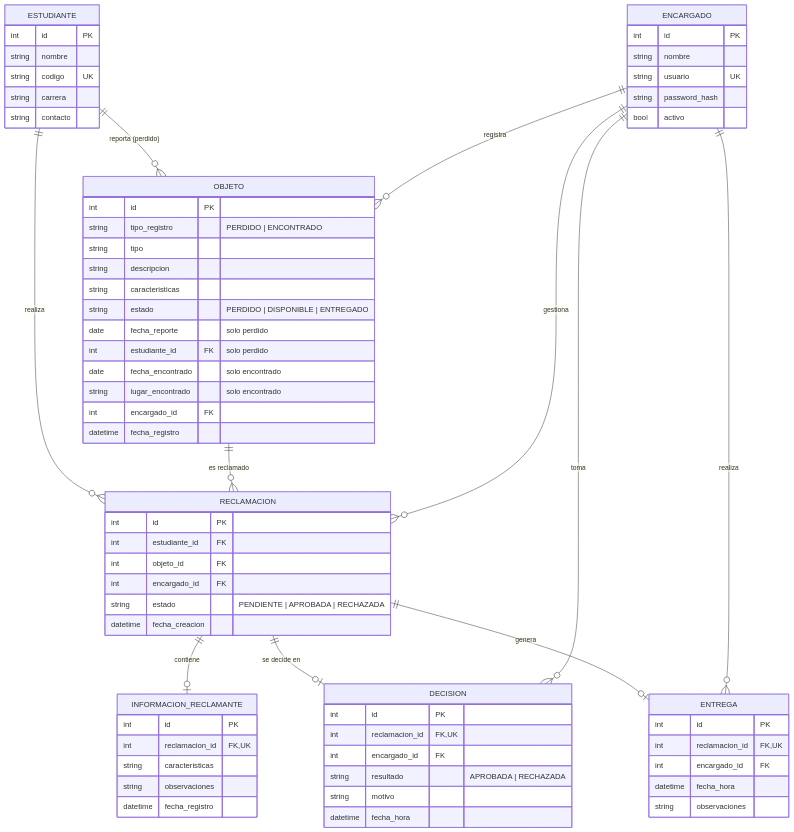
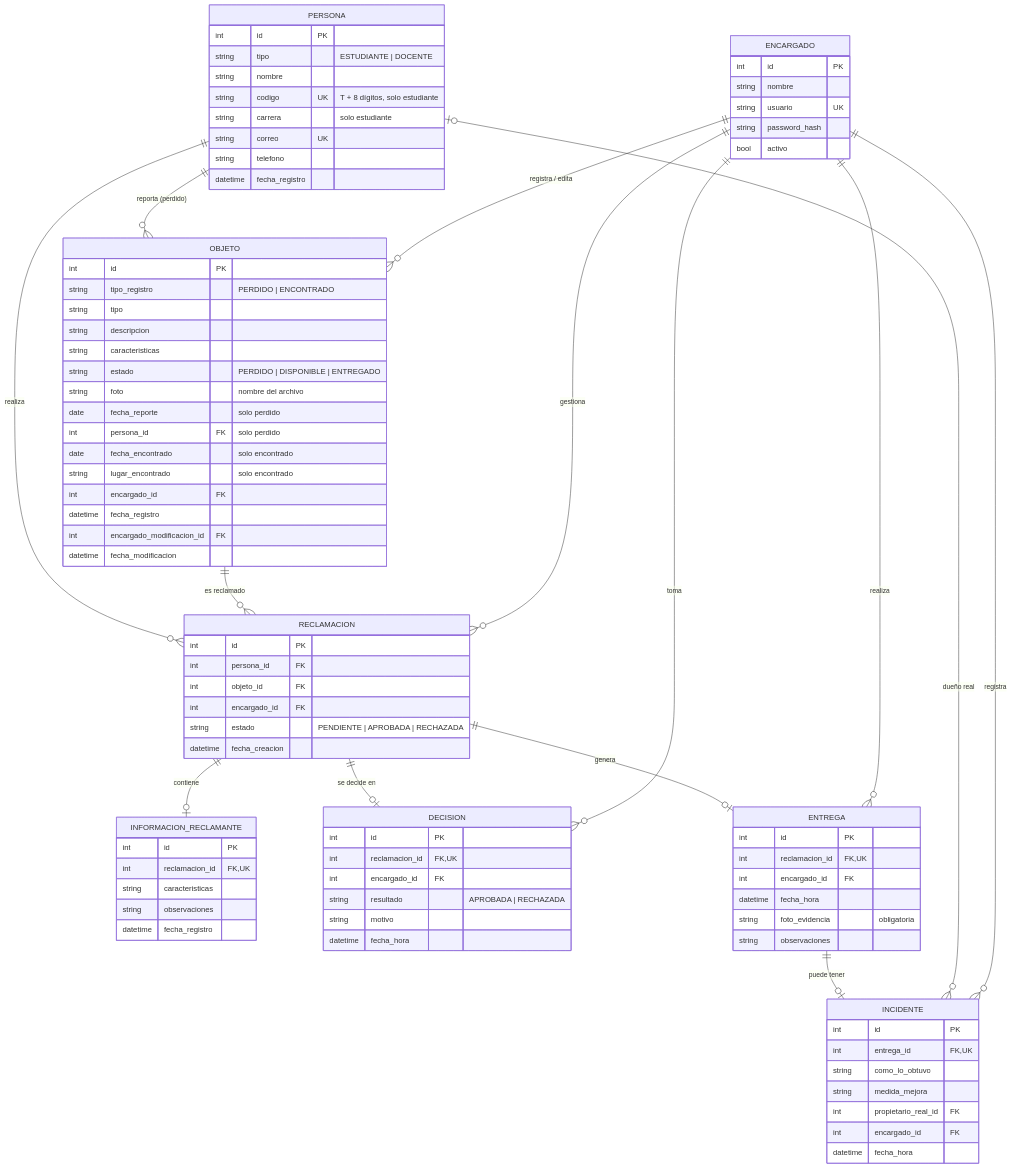
Before and after one commit to sebastian-caicedo/L-F-LostAndFound: the diagram in docs/modelo-datos.md, drawn with Mermaid. The commit also changed other lines of this file and 23 other files, not shown here.

Commit message:
Fase 3: personas, objetos con fotos, ajuste de alcance RF19-RF25 y diagrama de clases

````diff
--- a/docs/modelo-datos.md
+++ b/docs/modelo-datos.md
@@ -7,15 +7,18 @@
 ```mermaid
 erDiagram
-  ESTUDIANTE ||--o{ OBJETO : "reporta (perdido)"
-  ESTUDIANTE ||--o{ RECLAMACION : realiza
+  PERSONA ||--o{ OBJETO : "reporta (perdido)"
+  PERSONA ||--o{ RECLAMACION : realiza
   OBJETO ||--o{ RECLAMACION : "es reclamado"
-  ENCARGADO ||--o{ OBJETO : registra
+  ENCARGADO ||--o{ OBJETO : "registra / edita"
   ENCARGADO ||--o{ RECLAMACION : gestiona
   RECLAMACION ||--o| INFORMACION_RECLAMANTE : contiene
   RECLAMACION ||--o| DECISION : "se decide en"
   ENCARGADO ||--o{ DECISION : toma
   RECLAMACION ||--o| ENTREGA : genera
   ENCARGADO ||--o{ ENTREGA : realiza
+  ENTREGA ||--o| INCIDENTE : "puede tener"
+  PERSONA |o--o{ INCIDENTE : "dueño real"
+  ENCARGADO ||--o{ INCIDENTE : registra
 
   ENCARGADO {
     int id PK
@@ -24,12 +27,15 @@
     string password_hash
     bool activo
   }
-  ESTUDIANTE {
+  PERSONA {
     int id PK
+    string tipo "ESTUDIANTE | DOCENTE"
     string nombre
-    string codigo UK
-    string carrera
-    string contacto
+    string codigo UK "T + 8 dígitos, solo estudiante"
+    string carrera "solo estudiante"
+    string correo UK
+    string telefono
+    datetime fecha_registro
   }
   OBJETO {
     int id PK
@@ -38,16 +44,19 @@
     string descripcion
     string caracteristicas
     string estado "PERDIDO | DISPONIBLE | ENTREGADO"
+    string foto "nombre del archivo"
     date fecha_reporte "solo perdido"
-    int estudiante_id FK "solo perdido"
+    int persona_id FK "solo perdido"
     date fecha_encontrado "solo encontrado"
     string lugar_encontrado "solo encontrado"
     int encargado_id FK
     datetime fecha_registro
+    int encargado_modificacion_id FK
+    datetime fecha_modificacion
   }
   RECLAMACION {
     int id PK
-    int estudiante_id FK
+    int persona_id FK
     int objeto_id FK
     int encargado_id FK
     string estado "PENDIENTE | APROBADA | RECHAZADA"
@@ -73,6 +82,16 @@
     int reclamacion_id FK,UK
     int encargado_id FK
     datetime fecha_hora
+    string foto_evidencia "obligatoria"
     string observaciones
   }
+  INCIDENTE {
+    int id PK
+    int entrega_id FK,UK
+    string como_lo_obtuvo
+    string medida_mejora
+    int propietario_real_id FK
+    int encargado_id FK
+    datetime fecha_hora
+  }
 ```
````
